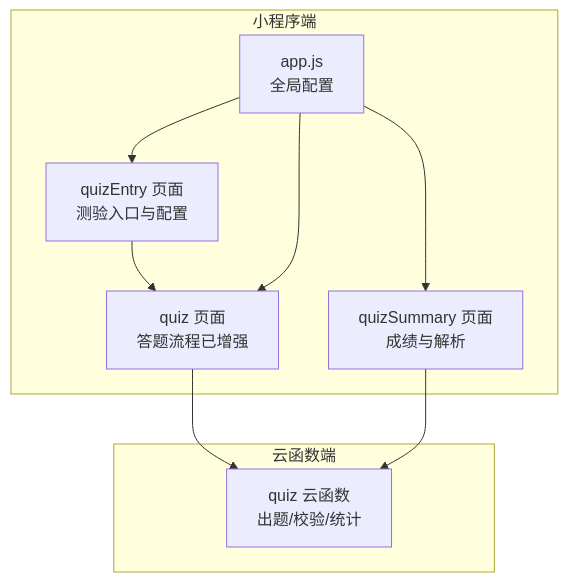
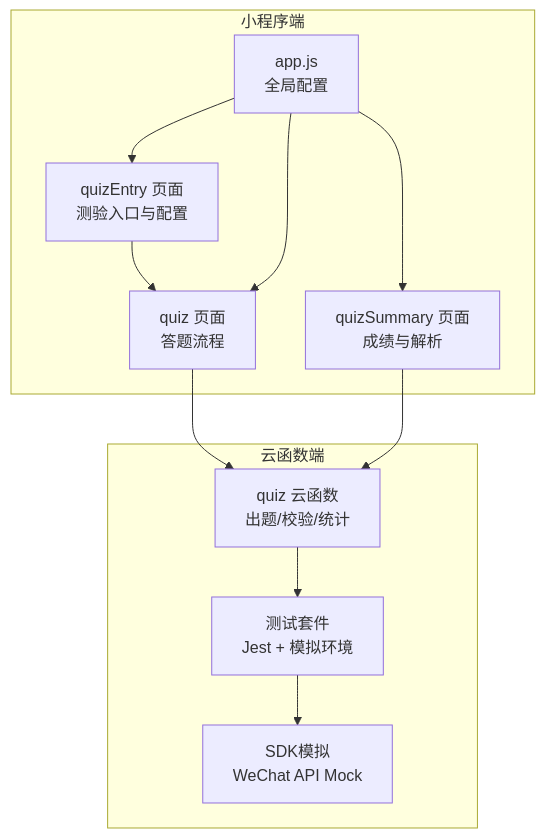
The first of 16 diagrams in .qoder/repowiki/zh/content/核心功能模块/测验系统/测验系统.md (cwb7756/bio), drawn with Mermaid before and after one commit. The commit also changed other lines of this file and 45 other files, not shown here.

````diff
--- a/.qoder/repowiki/zh/content/核心功能模块/测验系统/测验系统.md
+++ b/.qoder/repowiki/zh/content/核心功能模块/测验系统/测验系统.md
@@ -48,18 +51,22 @@
 ```mermaid
 graph TB
 subgraph "小程序端"
 QE["quizEntry 页面<br/>测验入口与配置"]
-Q["quiz 页面<br/>答题流程已增强"]
+Q["quiz 页面<br/>答题流程"]
 QS["quizSummary 页面<br/>成绩与解析"]
 APP["app.js<br/>全局配置"]
 end
 subgraph "云函数端"
 QF["quiz 云函数<br/>出题/校验/统计"]
+TESTS["测试套件<br/>Jest + 模拟环境"]
+MOCKS["SDK模拟<br/>WeChat API Mock"]
 end
 QE --> Q
 Q --> QF
 QS --> QF
 APP --> QE
 APP --> Q
 APP --> QS
+QF --> TESTS
+TESTS --> MOCKS
 ```
````
